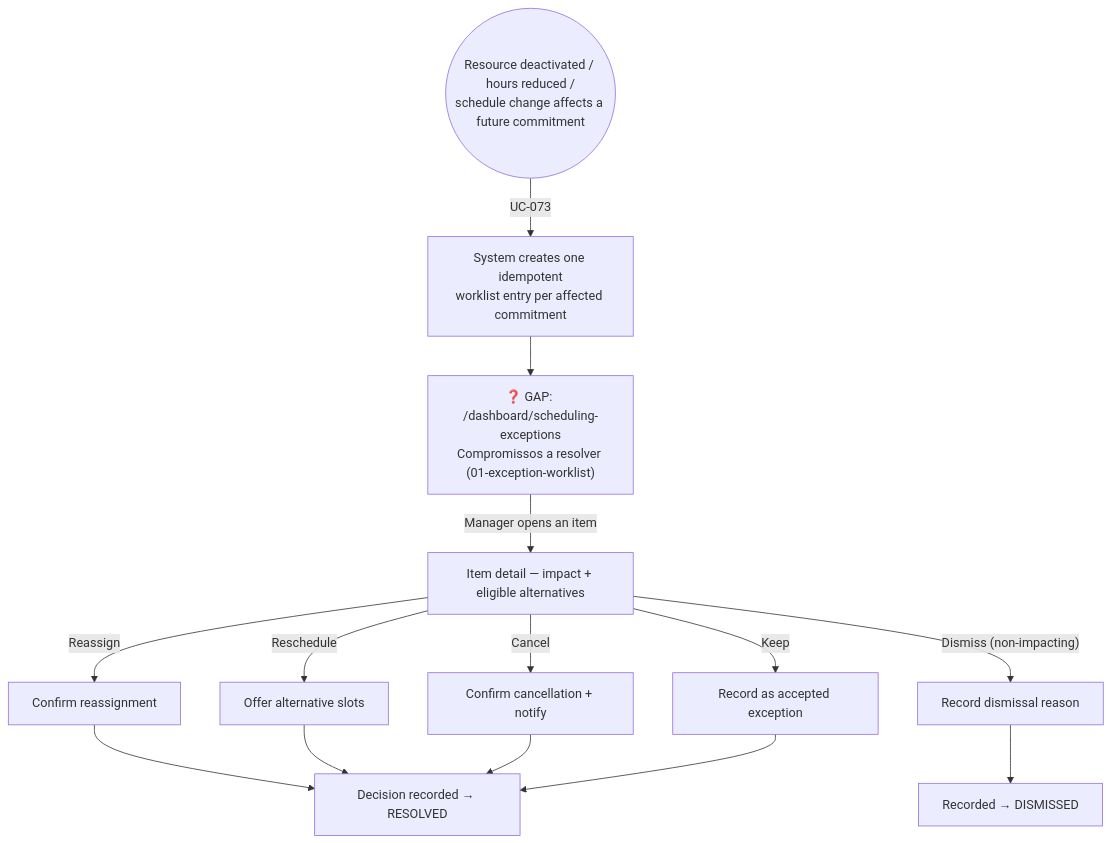
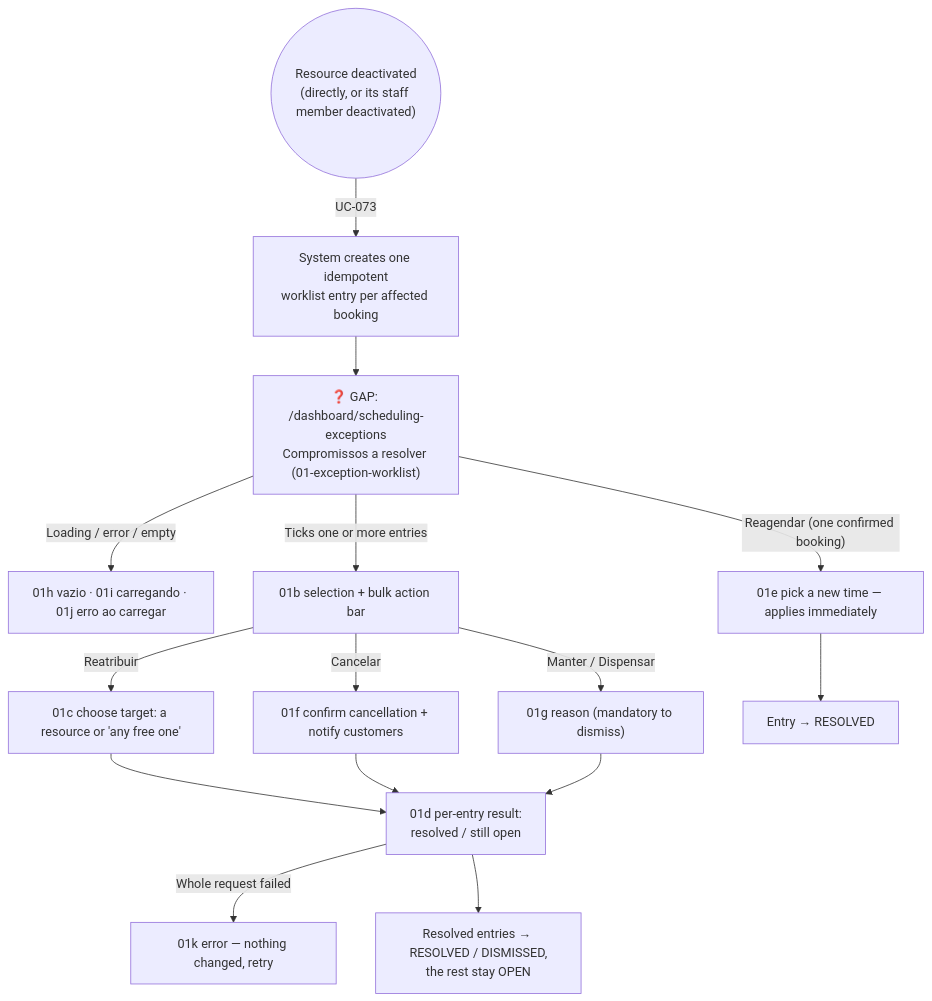
Before and after one commit to lmmoreira/ikaro: the diagram in plan/journey/manager/scheduling-exceptions.md, drawn with Mermaid. The commit also changed other lines of this file and 19 other files, not shown here.

First line of the commit message:
docs(m23): rework manager worklist and customer recurring prototypes for S08 decisions

````diff
--- a/plan/journey/manager/scheduling-exceptions.md
+++ b/plan/journey/manager/scheduling-exceptions.md
@@ -12,20 +18,22 @@
 ```mermaid
 flowchart TD
     classDef gap stroke:#f00,stroke-dasharray: 5 5,fill:#fee
 
-    Trigger(("Resource deactivated / hours reduced /<br/>schedule change affects a future commitment")) -->|"UC-073"| Raise["System creates one idempotent<br/>worklist entry per affected commitment"]
+    Trigger(("Resource deactivated<br/>(directly, or its staff member deactivated)")) -->|"UC-073"| Raise["System creates one idempotent<br/>worklist entry per affected booking"]
     Raise --> List["❓ GAP: /dashboard/scheduling-exceptions<br/>Compromissos a resolver (01-exception-worklist)"]
 
-    List -->|"Manager opens an item"| Item["Item detail — impact + eligible alternatives"]
-    Item -->|"Reassign"| Reassign["Confirm reassignment"]
-    Item -->|"Reschedule"| Reschedule["Offer alternative slots"]
-    Item -->|"Cancel"| Cancel["Confirm cancellation + notify"]
-    Item -->|"Keep"| Keep["Record as accepted exception"]
-    Item -->|"Dismiss (non-impacting)"| Dismiss["Record dismissal reason"]
+    List -->|"Loading / error / empty"| States["01h vazio · 01i carregando · 01j erro ao carregar"]
+    List -->|"Ticks one or more entries"| Bulk["01b selection + bulk action bar"]
+    List -->|"Reagendar (one confirmed booking)"| Reschedule["01e pick a new time — applies immediately"]
 
-    Reassign --> Resolved["Decision recorded → RESOLVED"]
-    Reschedule --> Resolved
-    Cancel --> Resolved
-    Keep --> Resolved
-    Dismiss --> Dismissed["Recorded → DISMISSED"]
+    Bulk -->|"Reatribuir"| Reassign["01c choose target: a resource or 'any free one'"]
+    Bulk -->|"Cancelar"| Cancel["01f confirm cancellation + notify customers"]
+    Bulk -->|"Manter / Dispensar"| Dismiss["01g reason (mandatory to dismiss)"]
+
+    Reassign --> Result["01d per-entry result:<br/>resolved / still open"]
+    Cancel --> Result
+    Dismiss --> Result
+    Reschedule --> Resolved["Entry → RESOLVED"]
+    Result -->|"Whole request failed"| SubmitError["01k error — nothing changed, retry"]
+    Result --> Done["Resolved entries → RESOLVED / DISMISSED,<br/>the rest stay OPEN"]
 ```
````
